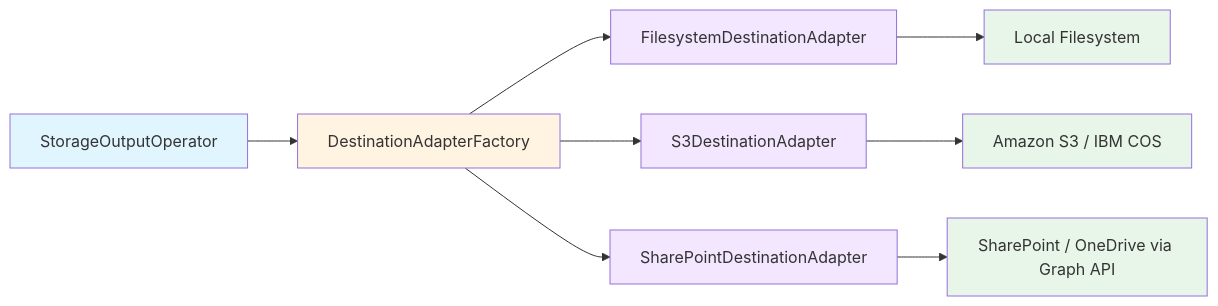
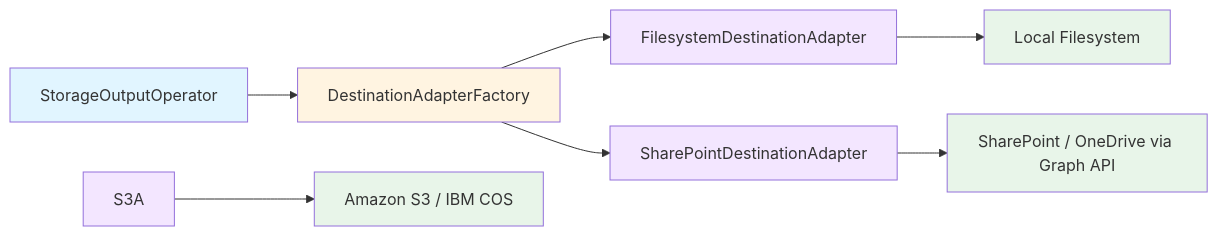
One commit to anupvarma007-ui/datasift-opensource changed the diagram in docs/operators/storage/storage_output_readme.md. Above: the diagram before and after it, drawn with Mermaid. The commit also changed other lines of this file and 14 other files, not shown here.

First line of the commit message:
StorageOutputOperator - Google Drive destination adapter (#797)

````diff
--- a/docs/operators/storage/storage_output_readme.md
+++ b/docs/operators/storage/storage_output_readme.md
@@ -431,19 +450,18 @@
 ```mermaid
 graph LR
     SOO[StorageOutputOperator] --> FAC[DestinationAdapterFactory]
     FAC --> FSA[FilesystemDestinationAdapter]
-    FAC --> S3A[S3DestinationAdapter]
     FAC --> SPA[SharePointDestinationAdapter]
     FSA --> FS[Local Filesystem]
     S3A --> S3[Amazon S3 / IBM COS]
     SPA --> SP[SharePoint / OneDrive via Graph API]
 
     style SOO fill:#e1f5ff
     style FAC fill:#fff4e1
     style FSA fill:#f3e6ff
     style S3A fill:#f3e6ff
     style SPA fill:#f3e6ff
     style FS fill:#e8f5e9
     style S3 fill:#e8f5e9
     style SP fill:#e8f5e9
 ```
````
